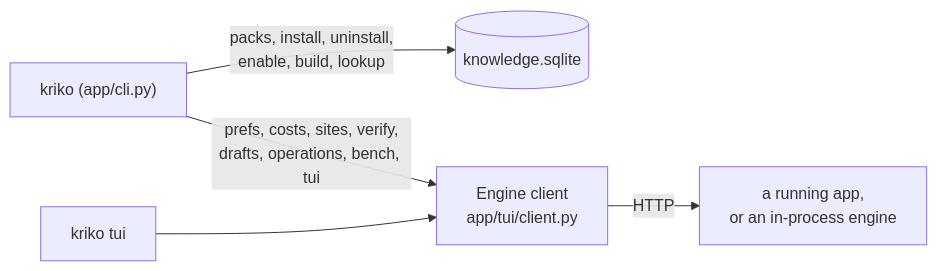
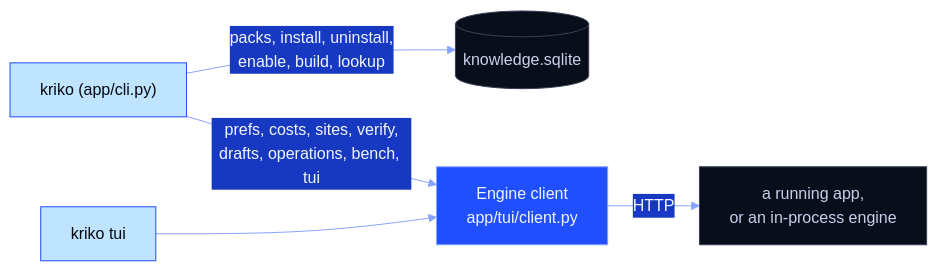
The fifth of 7 diagrams in docs/INTERNALS.md (Berbadov/kriko), drawn with Mermaid before and after one commit. The commit also changed other lines of this file and 21 other files, not shown here.

````diff
--- a/docs/INTERNALS.md
+++ b/docs/INTERNALS.md
@@ -144,7 +176,11 @@
 ```mermaid
+%%{init: {"theme":"base","themeVariables":{"fontFamily":"ui-monospace, SFMono-Regular, Consolas, monospace","primaryColor":"#090E1B","primaryTextColor":"#F2F5FF","primaryBorderColor":"#1F4FFF","lineColor":"#86A3FF","secondaryColor":"#1739C2","tertiaryColor":"#080B16","noteBkgColor":"#BFE4FF","noteTextColor":"#05070F","actorBkg":"#090E1B","actorTextColor":"#F2F5FF","actorBorder":"#1F4FFF","signalColor":"#86A3FF","signalTextColor":"#86A3FF"}}}%%
 flowchart LR
-    CLI["kriko (app/cli.py)"] -->|"packs, install, uninstall,<br/>enable, build, lookup"| ST[("knowledge.sqlite")]
-    CLI -->|"prefs, costs, sites, verify,<br/>drafts, operations, bench, tui"| ENG["Engine client<br/>app/tui/client.py"]
-    TUI["kriko tui"] --> ENG
-    ENG -->|HTTP| WEB["a running app,<br/>or an in-process engine"]
+    CLI["kriko (app/cli.py)"]:::ice -->|"packs, install, uninstall,<br/>enable, build, lookup"| ST[("knowledge.sqlite")]:::plain
+    CLI -->|"prefs, costs, sites, verify,<br/>drafts, operations, bench, tui"| ENG["Engine client<br/>app/tui/client.py"]:::brand
+    TUI["kriko tui"]:::ice --> ENG
+    ENG -->|HTTP| WEB["a running app,<br/>or an in-process engine"]:::plain
+    classDef brand  fill:#1F4FFF,stroke:#86A3FF,color:#F2F5FF
+    classDef plain  fill:#090E1B,stroke:#3A4156,color:#C9D1EA
+    classDef ice    fill:#BFE4FF,stroke:#1F4FFF,color:#05070F
 ```
````
